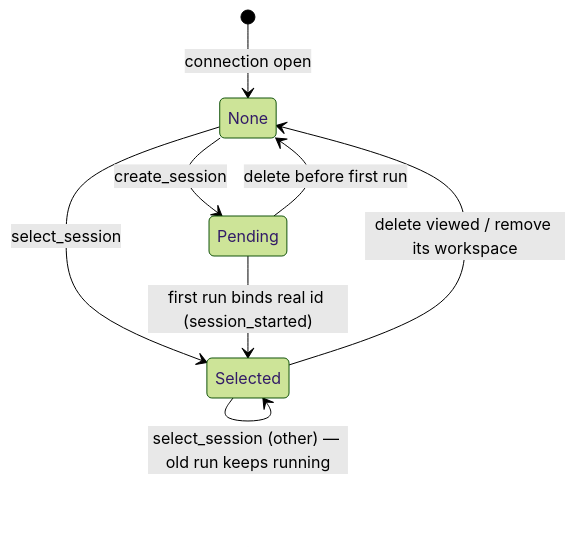
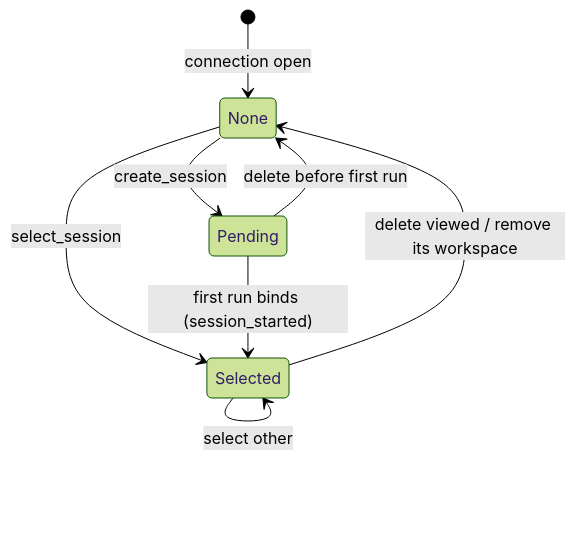
The diagram in doc/domains/core/session-registry/session-registry-spec.md (sequencestream/c3), drawn with Mermaid (forest theme) before and after one commit. The commit also changed other lines of this file and 128 other files, not shown here.

````diff
--- a/doc/domains/core/session-registry/session-registry-spec.md
+++ b/doc/domains/core/session-registry/session-registry-spec.md
@@ -52,10 +37,10 @@
 ```mermaid
 stateDiagram-v2
     [*] --> None: connection open
     None --> Pending: create_session
     None --> Selected: select_session
-    Pending --> Selected: first run binds real id (session_started)
-    Selected --> Selected: select_session (other) — old run keeps running
+    Pending --> Selected: first run binds (session_started)
+    Selected --> Selected: select other
     Selected --> None: delete viewed / remove its workspace
     Pending --> None: delete before first run
 ```
````
